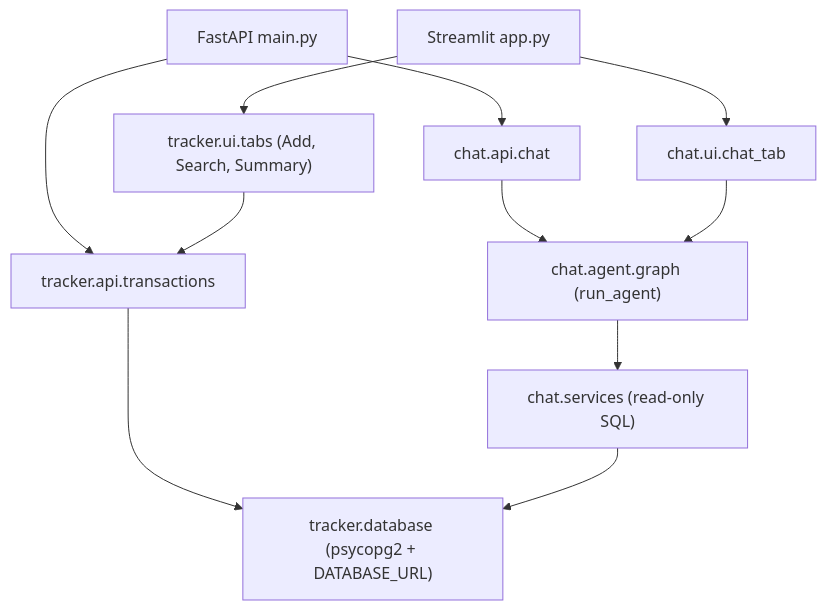
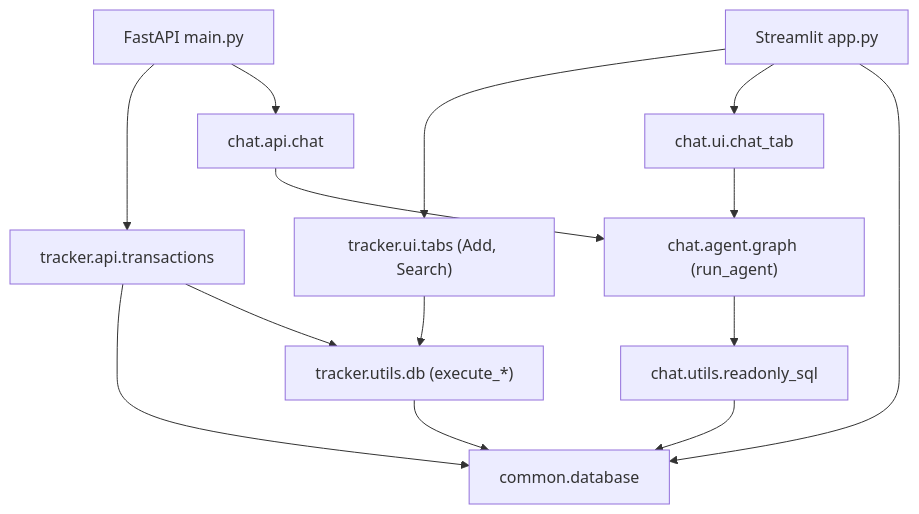
One commit to reddybharat/parsel changed the diagram in ARCHITECTURE.md. Above: the diagram before and after it, drawn with Mermaid. The commit also changed other lines of this file and 18 other files, not shown here.

Commit message:
Refactor database integration: move database connection logic to common package. Update agent tools and prompt.

````diff
--- a/ARCHITECTURE.md
+++ b/ARCHITECTURE.md
@@ -60,16 +58,19 @@
 ```mermaid
 flowchart TD
   mainApp["FastAPI main.py"] --> trackerApi["tracker.api.transactions"]
   mainApp --> chatApi["chat.api.chat"]
 
-  streamlitApp["Streamlit app.py"] --> trackerUI["tracker.ui.tabs (Add, Search, Summary)"]
+  streamlitApp["Streamlit app.py"] --> trackerUI["tracker.ui.tabs (Add, Search)"]
   streamlitApp --> chatUI["chat.ui.chat_tab"]
 
-  trackerApi --> trackerDB["tracker.database (psycopg2 + DATABASE_URL)"]
-  trackerUI --> trackerApi
+  trackerApi --> commonDB["common.database"]
+  trackerApi --> trackerDb["tracker.utils.db (execute_*)"]
+  trackerDb --> commonDB
+  streamlitApp --> commonDB
+  trackerUI --> trackerDb
 
   chatApi --> chatAgent["chat.agent.graph (run_agent)"]
   chatUI --> chatAgent
-  chatAgent --> chatServices["chat.services (read-only SQL)"]
-  chatServices --> trackerDB
+  chatAgent --> chatReadonly["chat.utils.readonly_sql"]
+  chatReadonly --> commonDB
 ```
````
